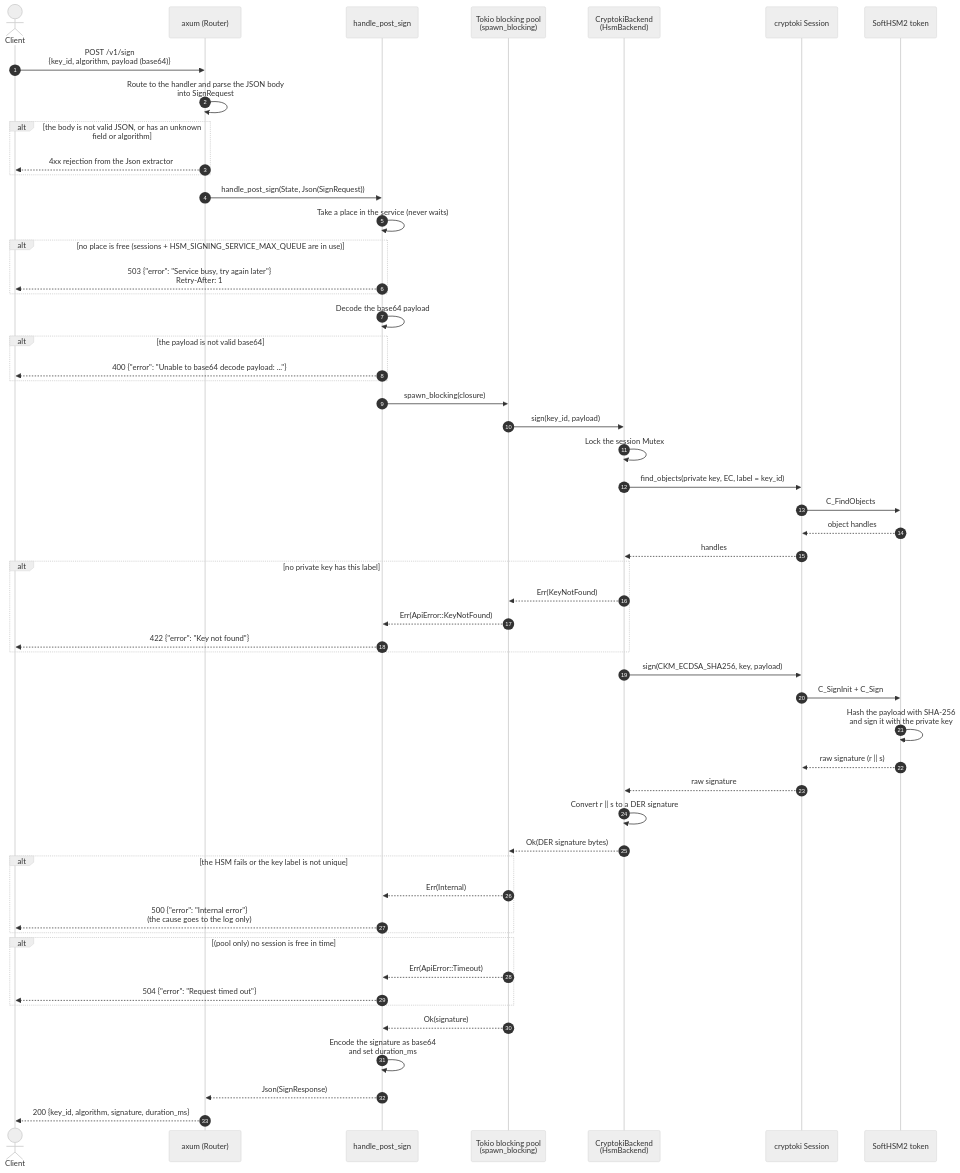
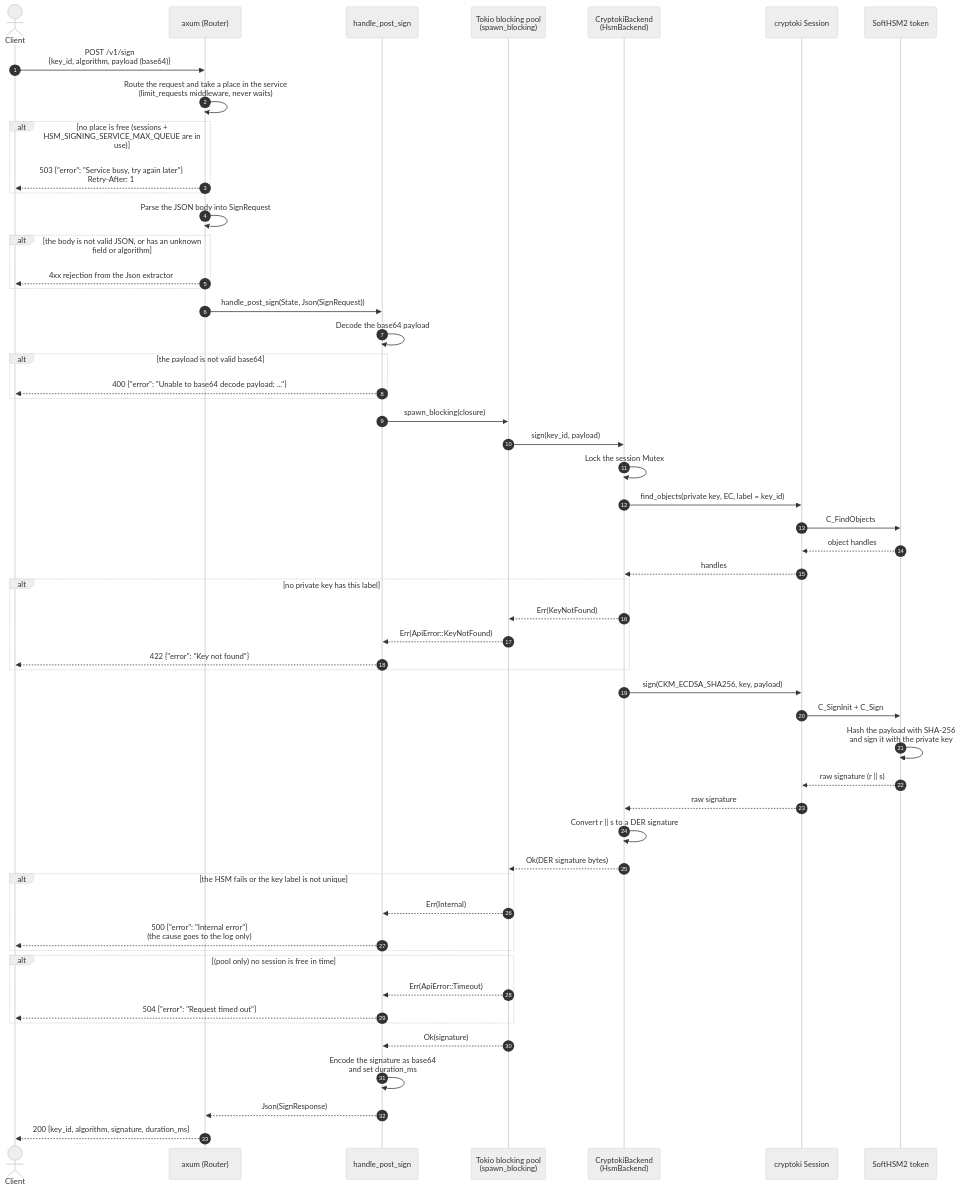
The second of 3 diagrams in docs/call_flow.md (aisrael/hsm-signing-service), drawn with Mermaid (neutral theme) before and after one commit. The commit also changed other lines of this file and 8 other files, not shown here.

````diff
--- a/docs/call_flow.md
+++ b/docs/call_flow.md
@@ -72,57 +73,57 @@
 ```mermaid
 sequenceDiagram
     autonumber
     actor Client
     participant Axum as axum (Router)
     participant Handler as handle_post_sign
     participant Pool as Tokio blocking pool<br/>(spawn_blocking)
     participant Backend as CryptokiBackend<br/>(HsmBackend)
     participant Cryptoki as cryptoki Session
     participant HSM as SoftHSM2 token
 
     Client->>Axum: POST /v1/sign<br/>{key_id, algorithm, payload (base64)}
-    Axum->>Axum: Route to the handler and parse the JSON body<br/>into SignRequest
+    Axum->>Axum: Route the request and take a place in the service<br/>(limit_requests middleware, never waits)
+    alt no place is free (sessions + HSM_SIGNING_SERVICE_MAX_QUEUE are in use)
+        Axum-->>Client: 503 {"error": "Service busy, try again later"}<br/>Retry-After: 1
+    end
+    Axum->>Axum: Parse the JSON body into SignRequest
     alt the body is not valid JSON, or has an unknown field or algorithm
         Axum-->>Client: 4xx rejection from the Json extractor
     end
     Axum->>Handler: handle_post_sign(State, Json(SignRequest))
-    Handler->>Handler: Take a place in the service (never waits)
-    alt no place is free (sessions + HSM_SIGNING_SERVICE_MAX_QUEUE are in use)
-        Handler-->>Client: 503 {"error": "Service busy, try again later"}<br/>Retry-After: 1
-    end
     Handler->>Handler: Decode the base64 payload
     alt the payload is not valid base64
         Handler-->>Client: 400 {"error": "Unable to base64 decode payload: ..."}
     end
     Handler->>Pool: spawn_blocking(closure)
     Pool->>Backend: sign(key_id, payload)
     Backend->>Backend: Lock the session Mutex
     Backend->>Cryptoki: find_objects(private key, EC, label = key_id)
     Cryptoki->>HSM: C_FindObjects
     HSM-->>Cryptoki: object handles
     Cryptoki-->>Backend: handles
     alt no private key has this label
         Backend-->>Pool: Err(KeyNotFound)
         Pool-->>Handler: Err(ApiError::KeyNotFound)
         Handler-->>Client: 422 {"error": "Key not found"}
     end
     Backend->>Cryptoki: sign(CKM_ECDSA_SHA256, key, payload)
     Cryptoki->>HSM: C_SignInit + C_Sign
     HSM->>HSM: Hash the payload with SHA-256<br/>and sign it with the private key
     HSM-->>Cryptoki: raw signature (r || s)
     Cryptoki-->>Backend: raw signature
     Backend->>Backend: Convert r || s to a DER signature
     Backend-->>Pool: Ok(DER signature bytes)
     alt the HSM fails or the key label is not unique
         Pool-->>Handler: Err(Internal)
         Handler-->>Client: 500 {"error": "Internal error"}<br/>(the cause goes to the log only)
     end
     alt (pool only) no session is free in time
         Pool-->>Handler: Err(ApiError::Timeout)
         Handler-->>Client: 504 {"error": "Request timed out"}
     end
     Pool-->>Handler: Ok(signature)
     Handler->>Handler: Encode the signature as base64<br/>and set duration_ms
     Handler-->>Axum: Json(SignResponse)
     Axum-->>Client: 200 {key_id, algorithm, signature, duration_ms}
 ```
````
